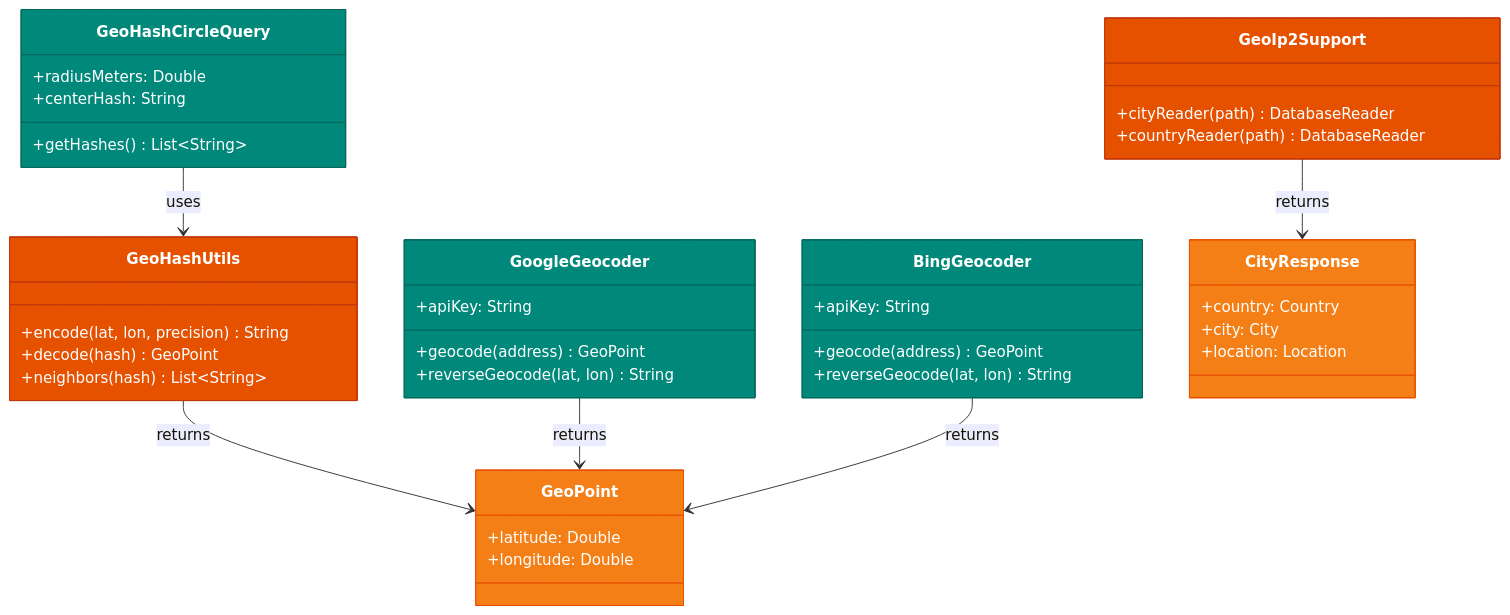
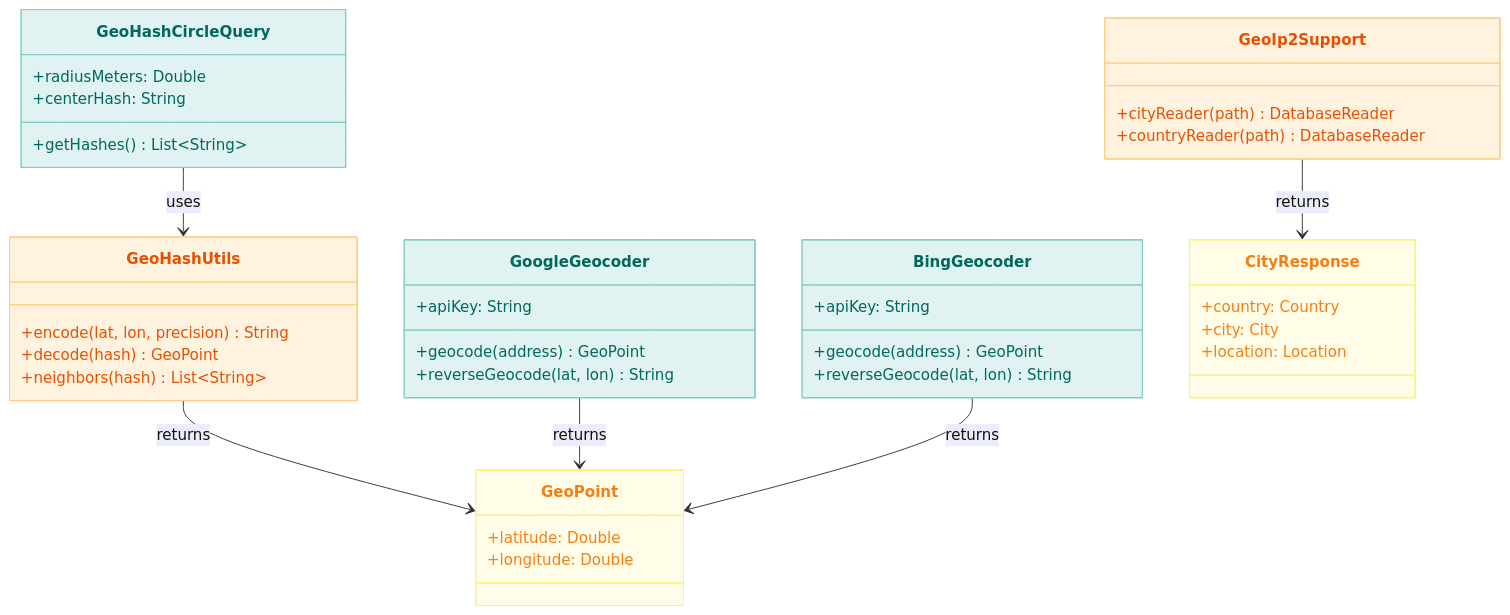
The second of 3 diagrams in utils/geo/README.md (bluetape4k/bluetape4k-projects), drawn with Mermaid before and after one commit. The commit also changed other lines of this file and 219 other files, not shown here.

First line of the commit message:
docs: 전체 README Mermaid 다이어그램 가이드 적용

````diff
--- a/utils/geo/README.md
+++ b/utils/geo/README.md
@@ -50,50 +50,50 @@
 ```mermaid
 classDiagram
     class GeoHashUtils {
         +encode(lat, lon, precision) String
         +decode(hash) GeoPoint
         +neighbors(hash) List~String~
     }
     class GeoHashCircleQuery {
         +radiusMeters: Double
         +centerHash: String
         +getHashes() List~String~
     }
     class GeoPoint {
         +latitude: Double
         +longitude: Double
     }
     class GoogleGeocoder {
         +apiKey: String
         +geocode(address) GeoPoint
         +reverseGeocode(lat, lon) String
     }
     class BingGeocoder {
         +apiKey: String
         +geocode(address) GeoPoint
         +reverseGeocode(lat, lon) String
     }
     class GeoIp2Support {
         +cityReader(path) DatabaseReader
         +countryReader(path) DatabaseReader
     }
     class CityResponse {
         +country: Country
         +city: City
         +location: Location
     }
 
     GeoHashCircleQuery --> GeoHashUtils : uses
     GeoHashUtils --> GeoPoint : returns
     GoogleGeocoder --> GeoPoint : returns
     BingGeocoder --> GeoPoint : returns
     GeoIp2Support --> CityResponse : returns
 
-    style GeoHashUtils fill:#E65100,stroke:#BF360C,color:#FFFFFF
-    style GeoHashCircleQuery fill:#00897B,stroke:#00695C,color:#FFFFFF
-    style GeoPoint fill:#F57F17,stroke:#E65100,color:#FFFFFF
-    style GoogleGeocoder fill:#00897B,stroke:#00695C,color:#FFFFFF
-    style BingGeocoder fill:#00897B,stroke:#00695C,color:#FFFFFF
-    style GeoIp2Support fill:#E65100,stroke:#BF360C,color:#FFFFFF
-    style CityResponse fill:#F57F17,stroke:#E65100,color:#FFFFFF
+    style GeoHashUtils fill:#FFF3E0,stroke:#FFCC80,color:#E65100
+    style GeoHashCircleQuery fill:#E0F2F1,stroke:#80CBC4,color:#00695C
+    style GeoPoint fill:#FFFDE7,stroke:#FFF176,color:#F57F17
+    style GoogleGeocoder fill:#E0F2F1,stroke:#80CBC4,color:#00695C
+    style BingGeocoder fill:#E0F2F1,stroke:#80CBC4,color:#00695C
+    style GeoIp2Support fill:#FFF3E0,stroke:#FFCC80,color:#E65100
+    style CityResponse fill:#FFFDE7,stroke:#FFF176,color:#F57F17
 ```
````
